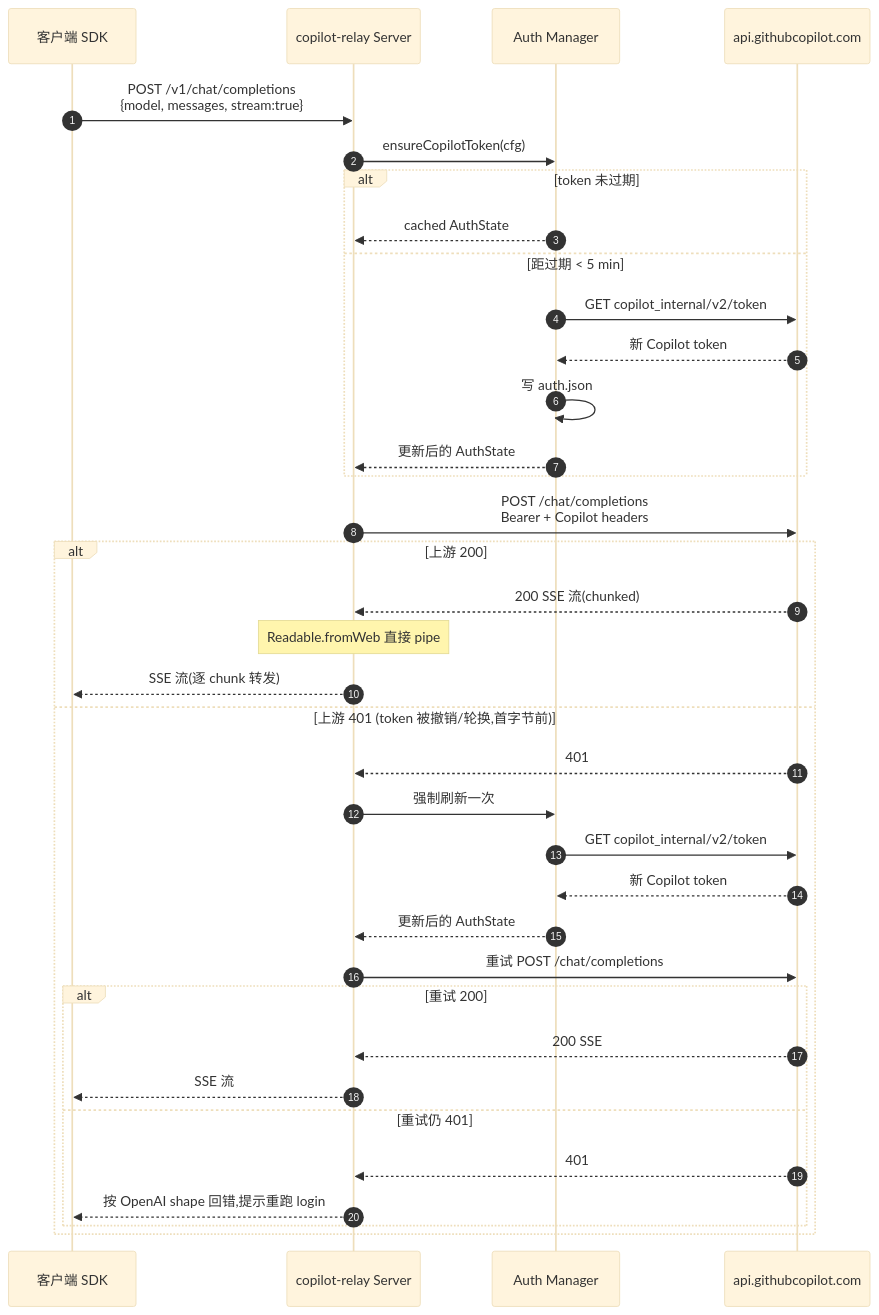
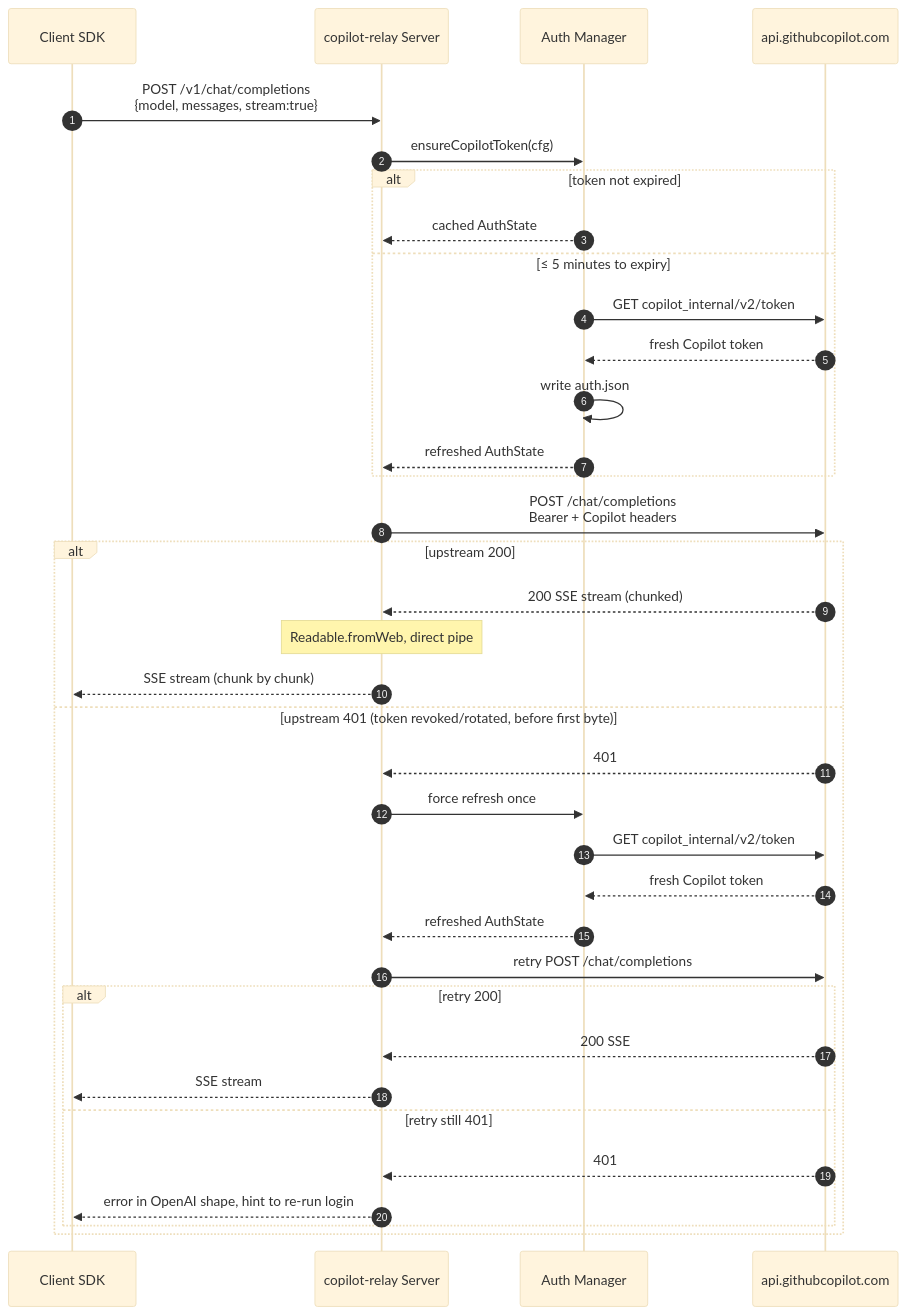
One commit to luciferwww/copilot-relay changed the third of 3 diagrams in docs/design.md. Above: the diagram before and after it, drawn with Mermaid (base theme). The commit also changed other lines of this file and 3 other files, not shown here.

````diff
--- a/docs/design.md
+++ b/docs/design.md
@@ -86,39 +88,39 @@
 ```mermaid
 sequenceDiagram
     autonumber
-    participant C as 客户端 SDK
+    participant C as Client SDK
     participant S as copilot-relay Server
     participant A as Auth Manager
     participant U as api.githubcopilot.com
 
     C->>S: POST /v1/chat/completions<br/>{model, messages, stream:true}
     S->>A: ensureCopilotToken(cfg)
-    alt token 未过期
+    alt token not expired
         A-->>S: cached AuthState
-    else 距过期 < 5 min
+    else ≤ 5 minutes to expiry
         A->>U: GET copilot_internal/v2/token
-        U-->>A: 新 Copilot token
-        A->>A: 写 auth.json
-        A-->>S: 更新后的 AuthState
+        U-->>A: fresh Copilot token
+        A->>A: write auth.json
+        A-->>S: refreshed AuthState
     end
     S->>U: POST /chat/completions<br/>Bearer + Copilot headers
-    alt 上游 200
-        U-->>S: 200 SSE 流(chunked)
-        Note over S: Readable.fromWeb 直接 pipe
-        S-->>C: SSE 流(逐 chunk 转发)
-    else 上游 401 (token 被撤销/轮换,首字节前)
+    alt upstream 200
+        U-->>S: 200 SSE stream (chunked)
+        Note over S: Readable.fromWeb, direct pipe
+        S-->>C: SSE stream (chunk by chunk)
+    else upstream 401 (token revoked/rotated, before first byte)
         U-->>S: 401
-        S->>A: 强制刷新一次
+        S->>A: force refresh once
         A->>U: GET copilot_internal/v2/token
-        U-->>A: 新 Copilot token
-        A-->>S: 更新后的 AuthState
-        S->>U: 重试 POST /chat/completions
-        alt 重试 200
+        U-->>A: fresh Copilot token
+        A-->>S: refreshed AuthState
+        S->>U: retry POST /chat/completions
+        alt retry 200
             U-->>S: 200 SSE
-            S-->>C: SSE 流
-        else 重试仍 401
+            S-->>C: SSE stream
+        else retry still 401
             U-->>S: 401
-            S-->>C: 按 OpenAI shape 回错,提示重跑 login
+            S-->>C: error in OpenAI shape, hint to re-run login
         end
     end
 ```
````
